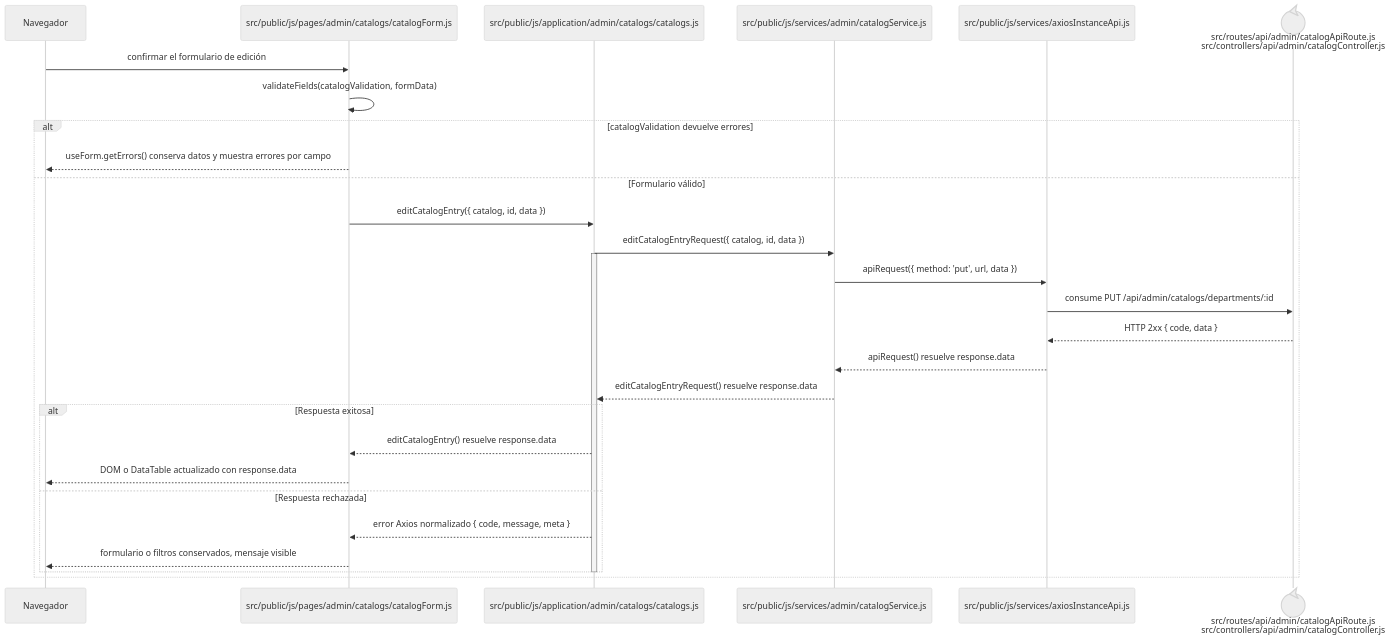
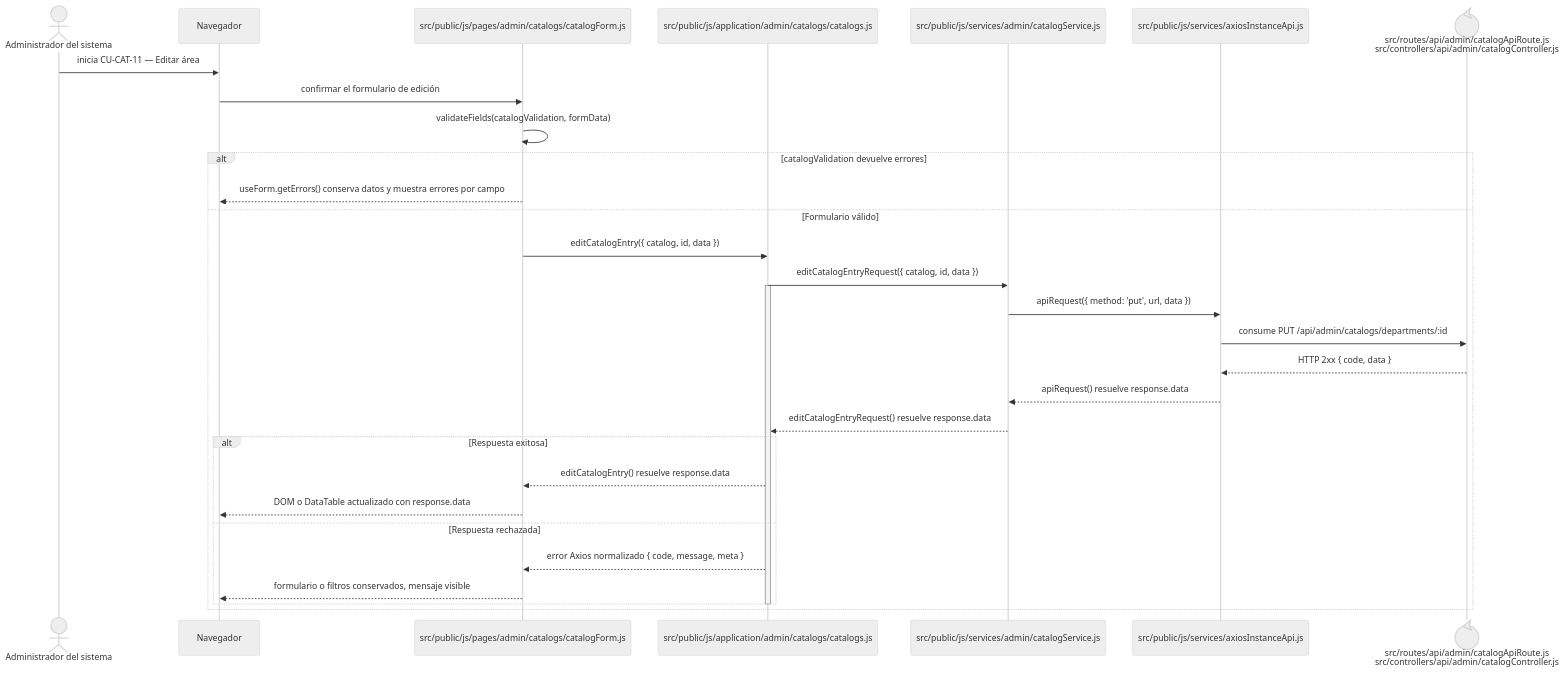
One commit to gpgsistemas01/nexus changed the diagram in docs/architecture/frontend-code-sequences/catalogs/cu-cat-11.md. Above: the diagram before and after it, drawn with Mermaid (neutral theme). The commit also changed 105 other files, not shown here.

````diff
--- a/docs/architecture/frontend-code-sequences/catalogs/cu-cat-11.md
+++ b/docs/architecture/frontend-code-sequences/catalogs/cu-cat-11.md
@@ -6,32 +6,34 @@
 ```mermaid
 sequenceDiagram
+    actor Initiator as Administrador del sistema
     participant Browser as Navegador
     participant View as src/public/js/pages/admin/catalogs/catalogForm.js
     participant Application as src/public/js/application/admin/catalogs/catalogs.js
     participant Request as src/public/js/services/admin/catalogService.js
     participant HTTP as src/public/js/services/axiosInstanceApi.js
     participant Transport@{ "type": "control" } as src/routes/api/admin/catalogApiRoute.js<br/>src/controllers/api/admin/catalogController.js
 
+    Initiator->>Browser: inicia CU-CAT-11 — Editar área
     Browser->>View: confirmar el formulario de edición
     View->>View: validateFields(catalogValidation, formData)
     alt catalogValidation devuelve errores
         View-->>Browser: useForm.getErrors() conserva datos y muestra errores por campo
     else Formulario válido
         View->>Application: editCatalogEntry({ catalog, id, data })
         Application->>Request: editCatalogEntryRequest({ catalog, id, data })
         activate Application
         Request->>HTTP: apiRequest({ method: 'put', url, data })
         HTTP->>Transport: consume PUT /api/admin/catalogs/departments/:id
         Transport-->>HTTP: HTTP 2xx { code, data }
         HTTP-->>Request: apiRequest() resuelve response.data
         Request-->>Application: editCatalogEntryRequest() resuelve response.data
         alt Respuesta exitosa
             Application-->>View: editCatalogEntry() resuelve response.data
             View-->>Browser: DOM o DataTable actualizado con response.data
         else Respuesta rechazada
             Application-->>View: error Axios normalizado { code, message, meta }
             View-->>Browser: formulario o filtros conservados, mensaje visible
         end
         deactivate Application
     end
 ```
````
